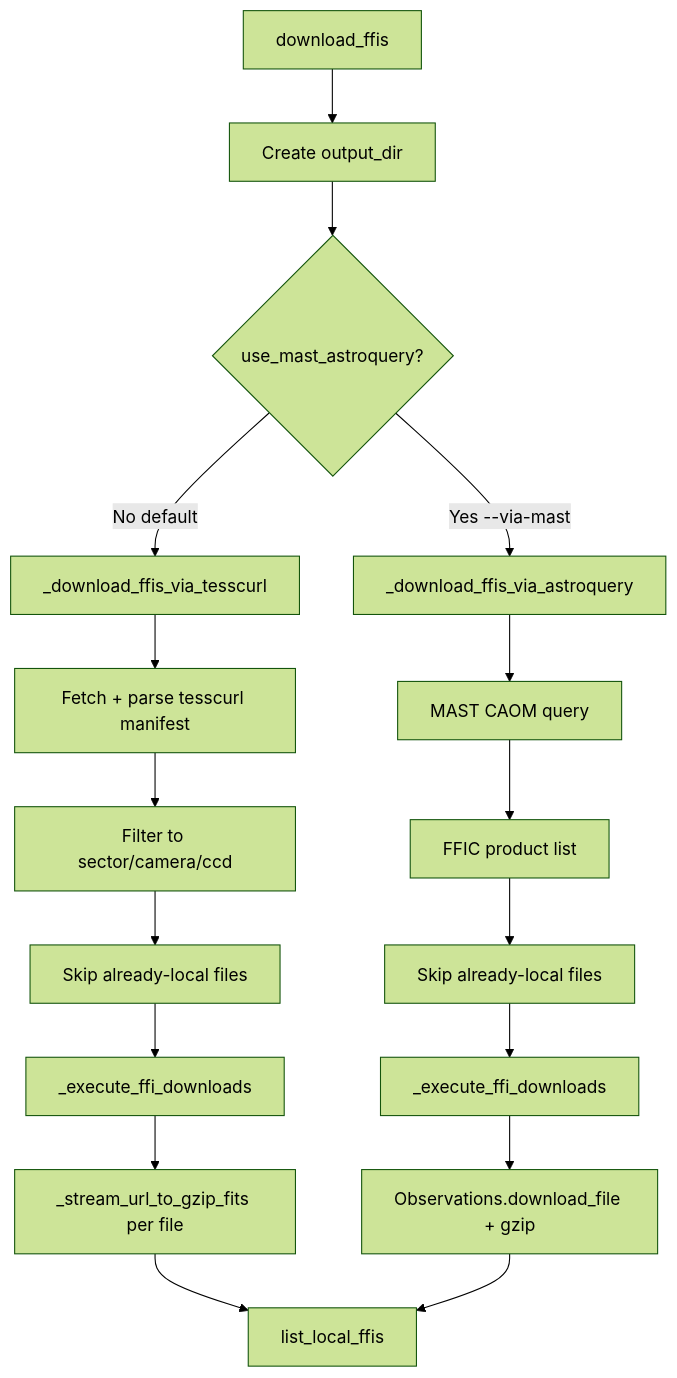
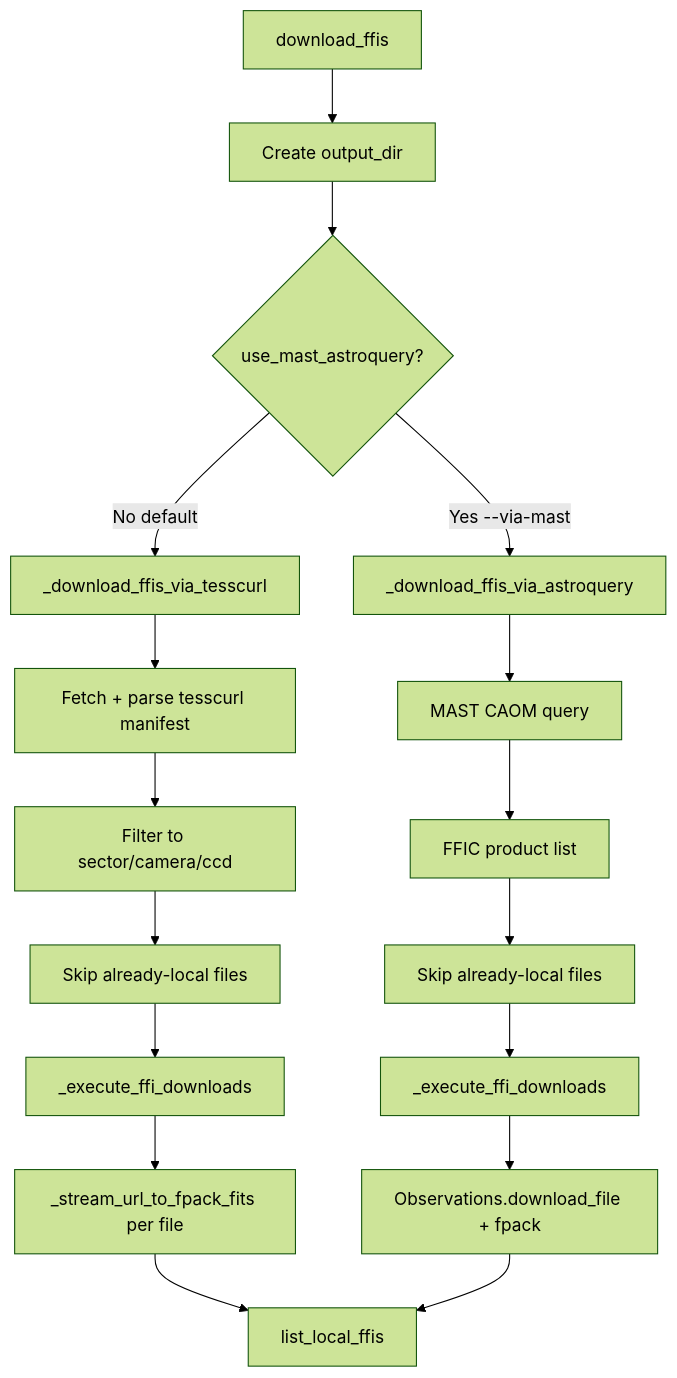
One commit to zoutei/TSST_syndiff_pipeline changed the second of 3 diagrams in docs/markdown/stages/tess_ffi_download.md. Above: the diagram before and after it, drawn with Mermaid (forest theme). The commit also changed other lines of this file and 14 other files, not shown here.

````diff
--- a/docs/markdown/stages/tess_ffi_download.md
+++ b/docs/markdown/stages/tess_ffi_download.md
@@ -177,21 +178,21 @@
 ```mermaid
 flowchart TD
     Start[download_ffis] --> MkDir[Create output_dir]
     MkDir --> Branch{use_mast_astroquery?}
     Branch -->|No default| Tesscurl[_download_ffis_via_tesscurl]
     Branch -->|Yes --via-mast| Astro[_download_ffis_via_astroquery]
 
     Tesscurl --> Manifest[Fetch + parse tesscurl manifest]
     Manifest --> Filter[Filter to sector/camera/ccd]
     Filter --> Skip[Skip already-local files]
     Skip --> Parallel[_execute_ffi_downloads]
-    Parallel --> Stream[_stream_url_to_gzip_fits per file]
+    Parallel --> Stream[_stream_url_to_fpack_fits per file]
     Stream --> List[list_local_ffis]
 
     Astro --> Query[MAST CAOM query]
     Query --> Products[FFIC product list]
     Products --> Skip2[Skip already-local files]
     Skip2 --> Parallel2[_execute_ffi_downloads]
-    Parallel2 --> AQ[Observations.download_file + gzip]
+    Parallel2 --> AQ[Observations.download_file + fpack]
     AQ --> List
 ```
````
